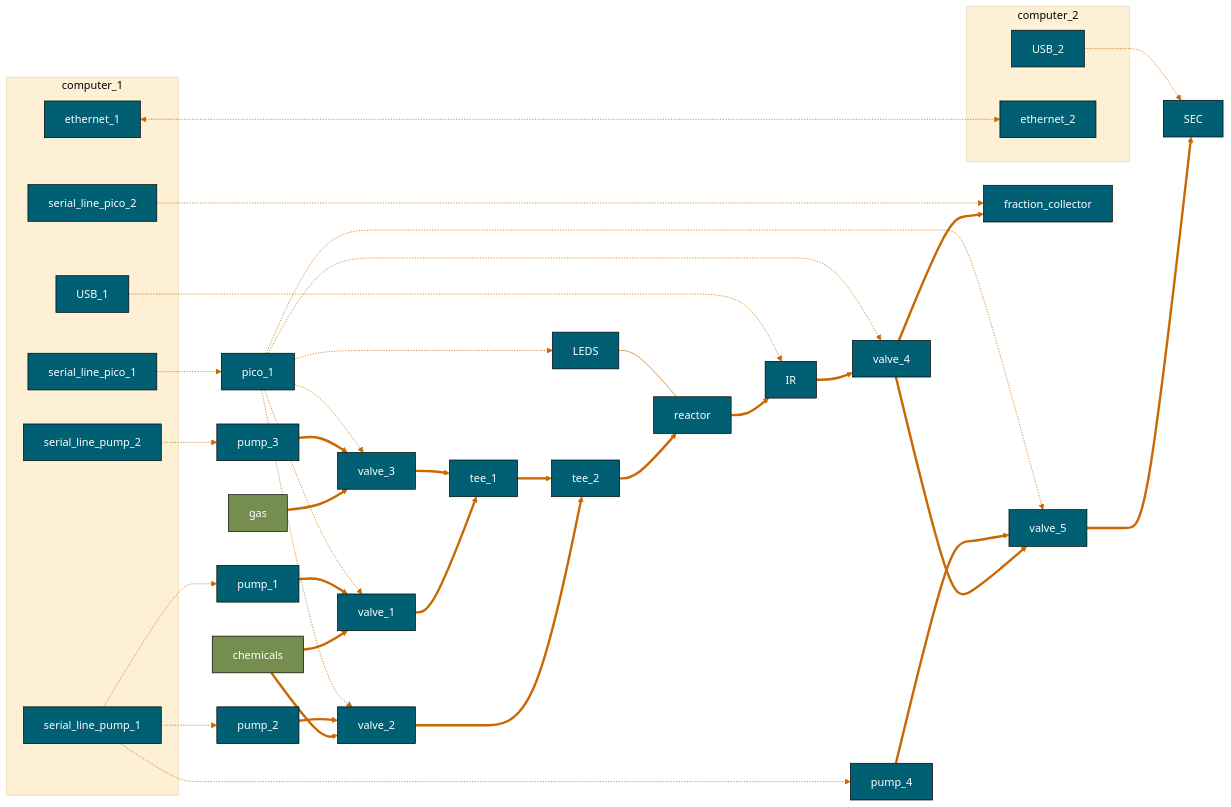
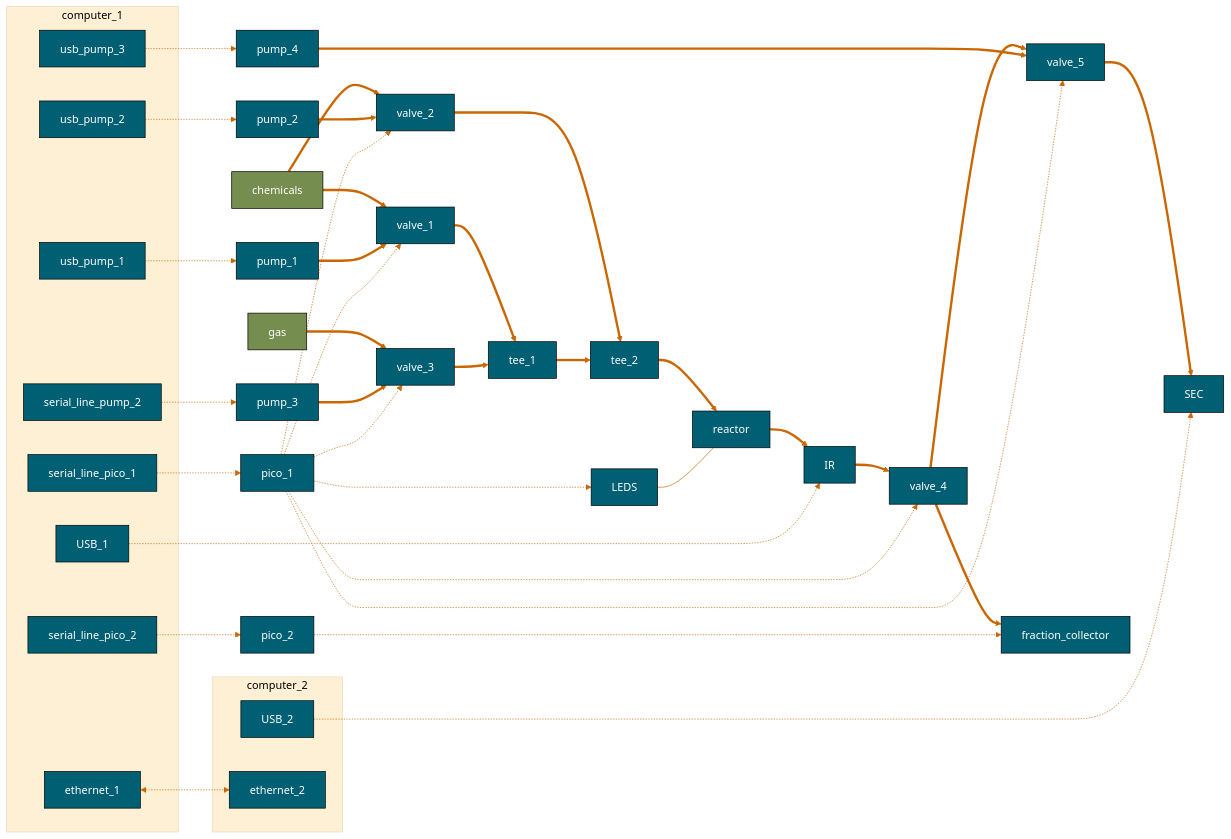
One commit to dylanwal/ChemBot changed the first of 3 diagrams in runs/simple_setup/README.md. Above: the diagram before and after it, drawn with Mermaid. The commit also changed 3 other files, not shown here.

```diff
--- a/runs/simple_setup/README.md
+++ b/runs/simple_setup/README.md
@@ -51,6 +51,7 @@
     LEDS
     fraction_collector
     pico_1
+    pico_2
 
     %% chemical connections
     chemicals ==> valve_1
@@ -74,7 +75,9 @@
 
     %% computers
     subgraph computer_1  
-        serial_line_pump_1
+        usb_pump_1 
+        usb_pump_2
+        usb_pump_3  
         serial_line_pump_2
         serial_line_pico_1
         serial_line_pico_2 
@@ -89,9 +92,9 @@
     
     %% data connections
     USB_2 -.-> SEC
-    serial_line_pump_1 -.-> pump_1
-    serial_line_pump_1 -.-> pump_2
-    serial_line_pump_1 -.-> pump_4
+    usb_pump_1 -.-> pump_1
+    usb_pump_2 -.-> pump_2
+    usb_pump_3 -.-> pump_4
     serial_line_pump_2 -.-> pump_3
     serial_line_pico_1 -.-> pico_1
     pico_1 -.-> LEDS
@@ -100,8 +103,9 @@
     pico_1 -.-> valve_3
     pico_1 -.-> valve_4
     pico_1 -.-> valve_5
-    serial_line_pico_2 -.-> fraction_collector
+    pico_2 -.-> fraction_collector
     USB_1 -.-> IR
+    serial_line_pico_2 -.-> pico_2
     
     ethernet_1 <-.-> ethernet_2
     
```
